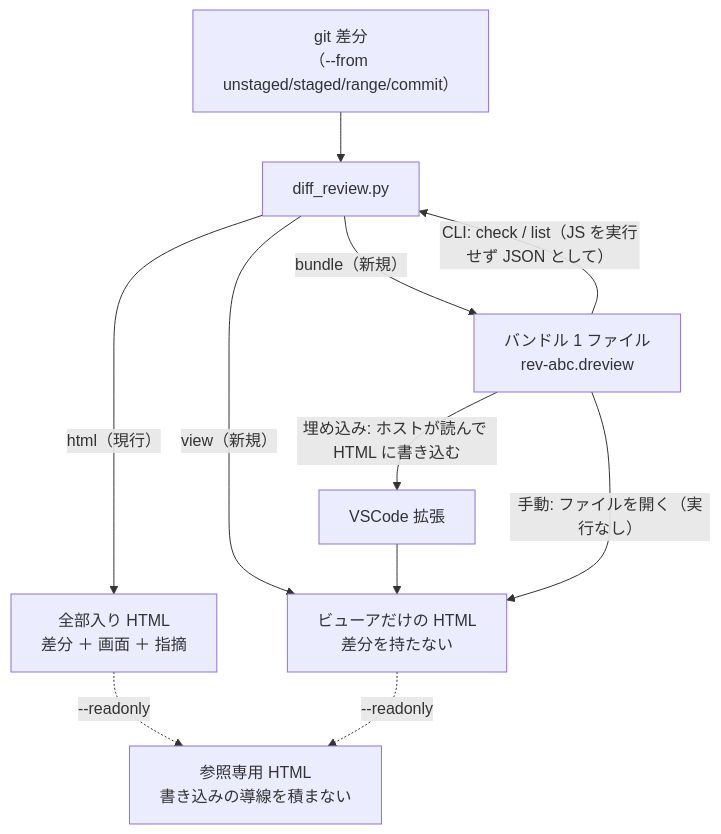
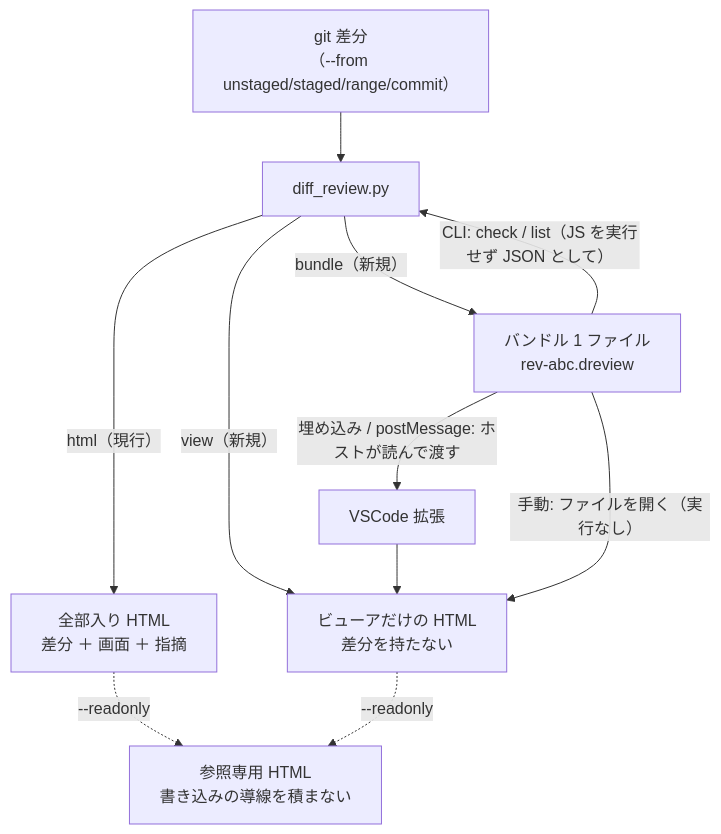
One commit to asaomaro/public_docs changed the diagram in .aidev/works/20260916-diff-review-bundle/design.md. Above: the diagram before and after it, drawn with Mermaid. The commit also changed other lines of this file and 10 other files, not shown here.

First line of the commit message:
feat(diff-review-html): postMessage の受け口を戻す

````diff
--- a/.aidev/works/20260916-diff-review-bundle/design.md
+++ b/.aidev/works/20260916-diff-review-bundle/design.md
@@ -8,13 +8,13 @@
 ```mermaid
 flowchart TB
   G["git 差分<br/>（--from unstaged/staged/range/commit）"]
   G --> CLI["diff_review.py"]
   CLI -->|"html（現行）"| H1["全部入り HTML<br/>差分 ＋ 画面 ＋ 指摘"]
   CLI -->|"bundle（新規）"| B["バンドル 1 ファイル<br/>rev-abc.dreview"]
   CLI -->|"view（新規）"| V["ビューアだけの HTML<br/>差分を持たない"]
-  B -->|"埋め込み: ホストが読んで HTML に書き込む"| EXT["VSCode 拡張"] --> V
+  B -->|"埋め込み / postMessage: ホストが読んで渡す"| EXT["VSCode 拡張"] --> V
   B -->|"手動: ファイルを開く（実行なし）"| V
   B -->|"CLI: check / list（JS を実行せず JSON として）"| CLI
   H1 -.->|"--readonly"| RO["参照専用 HTML<br/>書き込みの導線を積まない"]
   V -.->|"--readonly"| RO
 ```
````
